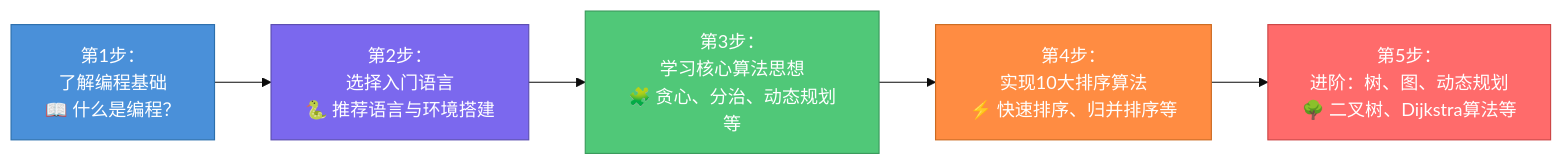
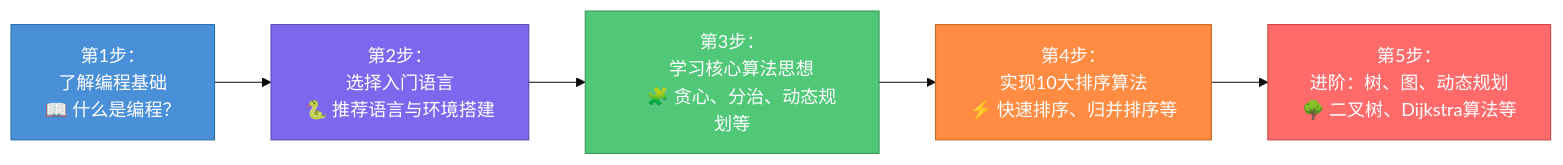
The diagram in docs/index.md (microwind/algorithms), drawn with Mermaid (base theme) before and after one commit. The commit also changed other lines of this file and 1 other file, not shown here.

````diff
--- a/docs/index.md
+++ b/docs/index.md
@@ -28,16 +54,30 @@
 ```mermaid
 flowchart LR
-    A["第1步：\n了解编程基础\n📖 什么是编程？"]
-    B["第2步：\n选择入门语言\n🐍 推荐语言与环境搭建"]
-    C["第3步：\n学习核心算法思想\n🧩 贪心、分治、动态规划等"]
-    D["第4步：\n实现10大排序算法\n⚡ 快速排序、归并排序等"]
-    E["第5步：\n进阶：树、图、动态规划\n🌳 二叉树、Dijkstra算法等"]
+    A["第1步：
+    了解编程基础
+    📖 什么是编程？"]
+
+    B["第2步：
+    选择入门语言
+    🐍 推荐语言与环境搭建"]
+
+    C["第3步：
+    学习核心算法思想
+    🧩 贪心、分治、动态规划等"]
+
+    D["第4步：
+    实现10大排序算法
+    ⚡ 快速排序、归并排序等"]
+
+    E["第5步：
+    进阶：树、图、动态规划
+    🌳 二叉树、Dijkstra算法等"]
 
     A --> B --> C --> D --> E
 
     style A fill:#4A90D9,stroke:#2C6FAC,color:#fff
     style B fill:#7B68EE,stroke:#5A4DB0,color:#fff
     style C fill:#50C878,stroke:#3A9A5C,color:#fff
     style D fill:#FF8C42,stroke:#CC6A1F,color:#fff
     style E fill:#FF6B6B,stroke:#CC4444,color:#fff
 ```
````
